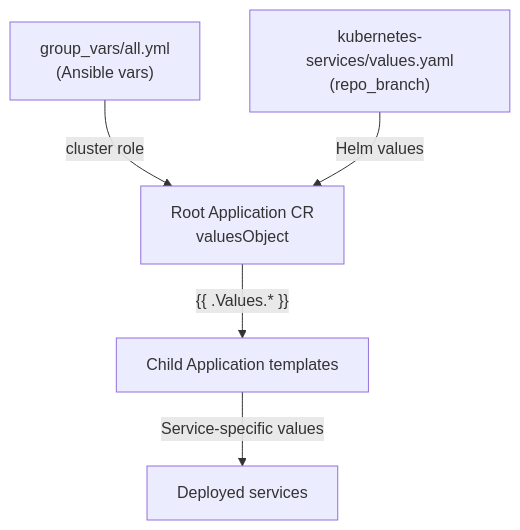
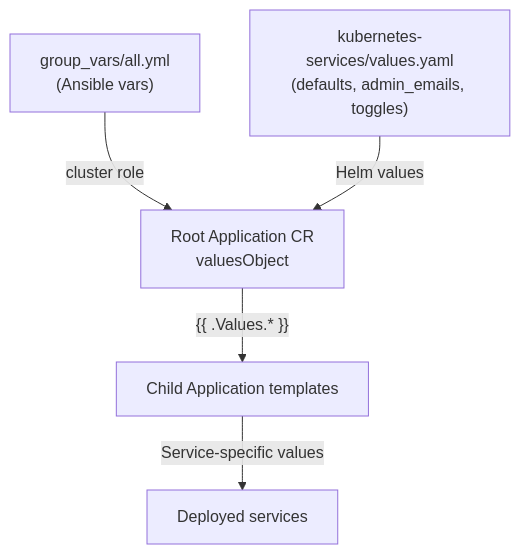
Before and after one commit to gilesknap/tpi-k3s-ansible: the diagram in docs/explanations/kubernetes-services.md, drawn with Mermaid. The commit also changed other lines of this file and 46 other files, not shown here.

````diff
--- a/docs/explanations/kubernetes-services.md
+++ b/docs/explanations/kubernetes-services.md
@@ -118,7 +142,7 @@
 ```mermaid
 flowchart TD
     GV["group_vars/all.yml<br/>(Ansible vars)"] -->|"cluster role"| ROOT["Root Application CR<br/>valuesObject"]
-    VY["kubernetes-services/values.yaml<br/>(repo_branch)"] -->|"Helm values"| ROOT
+    VY["kubernetes-services/values.yaml<br/>(defaults, admin_emails, toggles)"] -->|"Helm values"| ROOT
     ROOT -->|"{{ .Values.* }}"| CHILD["Child Application templates"]
     CHILD -->|"Service-specific values"| SVC["Deployed services"]
 ```
````
